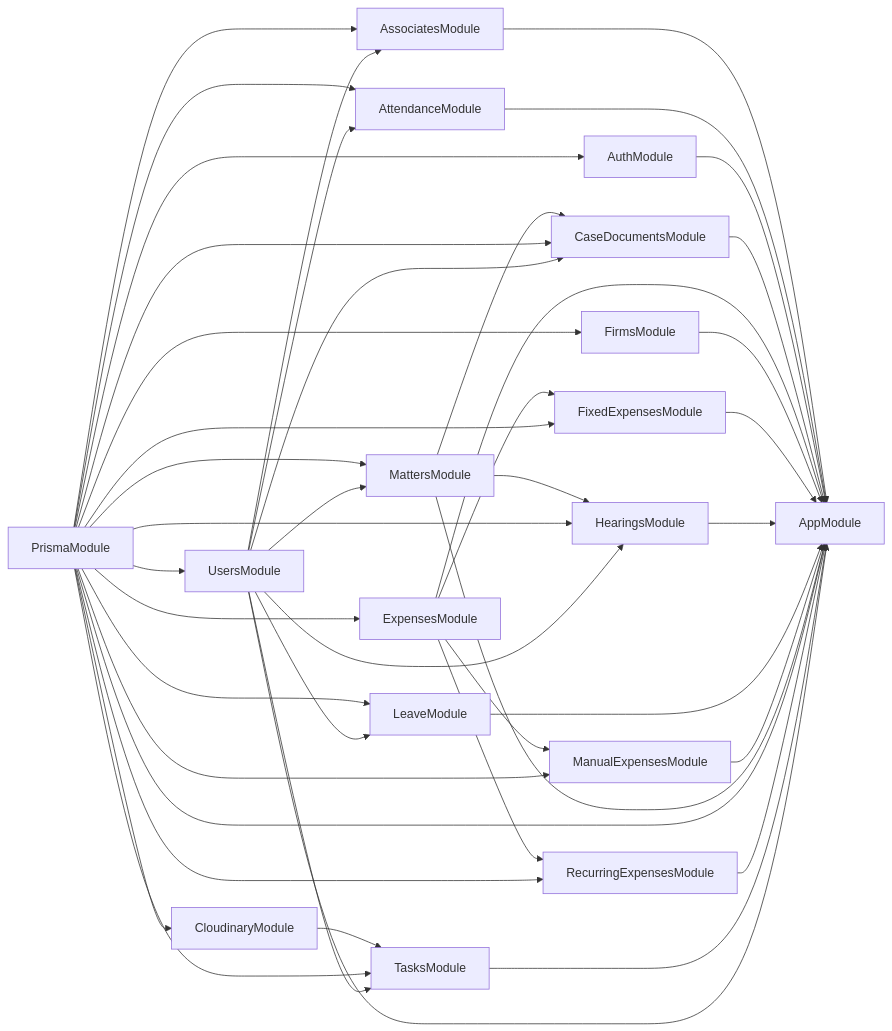
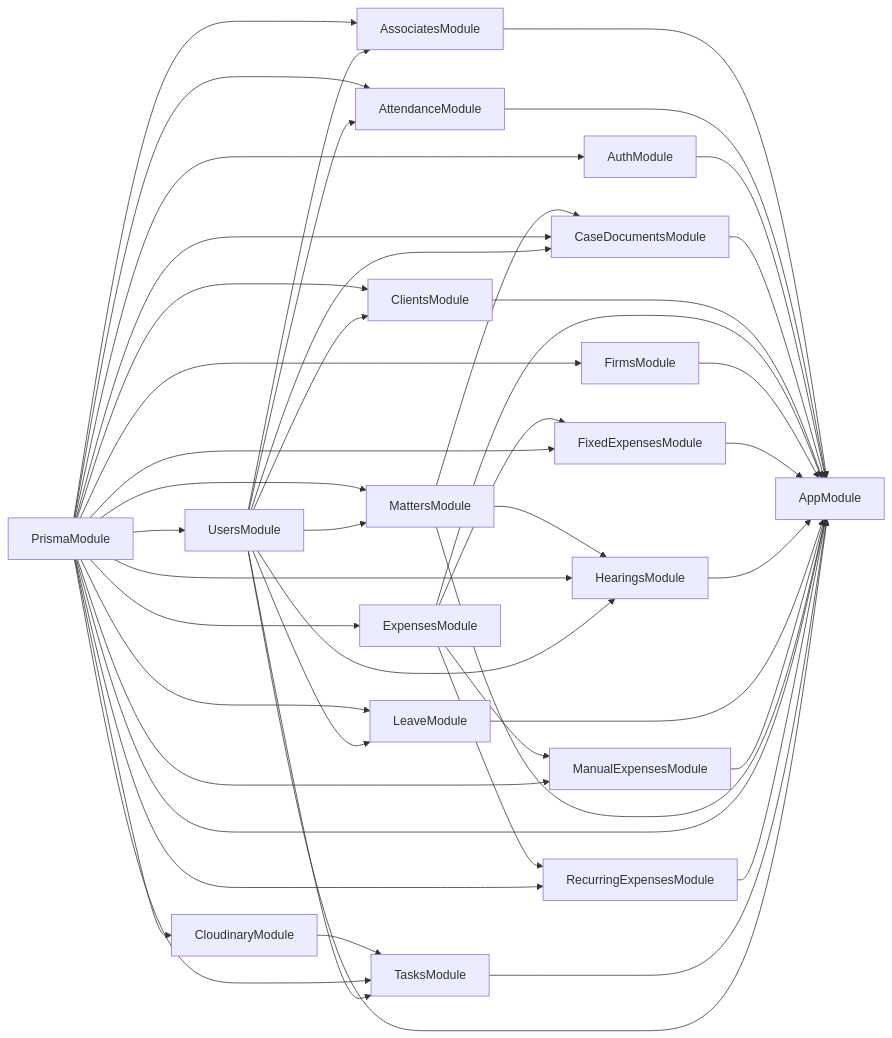
The diagram in apps/api/deps.mermaid (zas512/LGA), drawn with Mermaid before and after one commit. The commit also changed 40 other files, not shown here.

```diff
--- a/apps/api/deps.mermaid
+++ b/apps/api/deps.mermaid
@@ -1,44 +1,47 @@
 graph LR
   AssociatesModule --> AppModule
   AttendanceModule --> AppModule
   AuthModule --> AppModule
   CaseDocumentsModule --> AppModule
+  ClientsModule --> AppModule
   CloudinaryModule --> TasksModule
   ExpensesModule --> AppModule
   ExpensesModule --> FixedExpensesModule
   ExpensesModule --> ManualExpensesModule
   ExpensesModule --> RecurringExpensesModule
   FirmsModule --> AppModule
   FixedExpensesModule --> AppModule
   HearingsModule --> AppModule
   LeaveModule --> AppModule
   ManualExpensesModule --> AppModule
   MattersModule --> AppModule
   MattersModule --> CaseDocumentsModule
   MattersModule --> HearingsModule
   PrismaModule --> AppModule
   PrismaModule --> AssociatesModule
   PrismaModule --> AttendanceModule
   PrismaModule --> AuthModule
   PrismaModule --> CaseDocumentsModule
+  PrismaModule --> ClientsModule
   PrismaModule --> CloudinaryModule
   PrismaModule --> ExpensesModule
   PrismaModule --> FirmsModule
   PrismaModule --> FixedExpensesModule
   PrismaModule --> HearingsModule
   PrismaModule --> LeaveModule
   PrismaModule --> ManualExpensesModule
   PrismaModule --> MattersModule
   PrismaModule --> RecurringExpensesModule
   PrismaModule --> TasksModule
   PrismaModule --> UsersModule
   RecurringExpensesModule --> AppModule
   TasksModule --> AppModule
   UsersModule --> AppModule
   UsersModule --> AssociatesModule
   UsersModule --> AttendanceModule
   UsersModule --> CaseDocumentsModule
+  UsersModule --> ClientsModule
   UsersModule --> HearingsModule
   UsersModule --> LeaveModule
   UsersModule --> MattersModule
   UsersModule --> TasksModule
```
